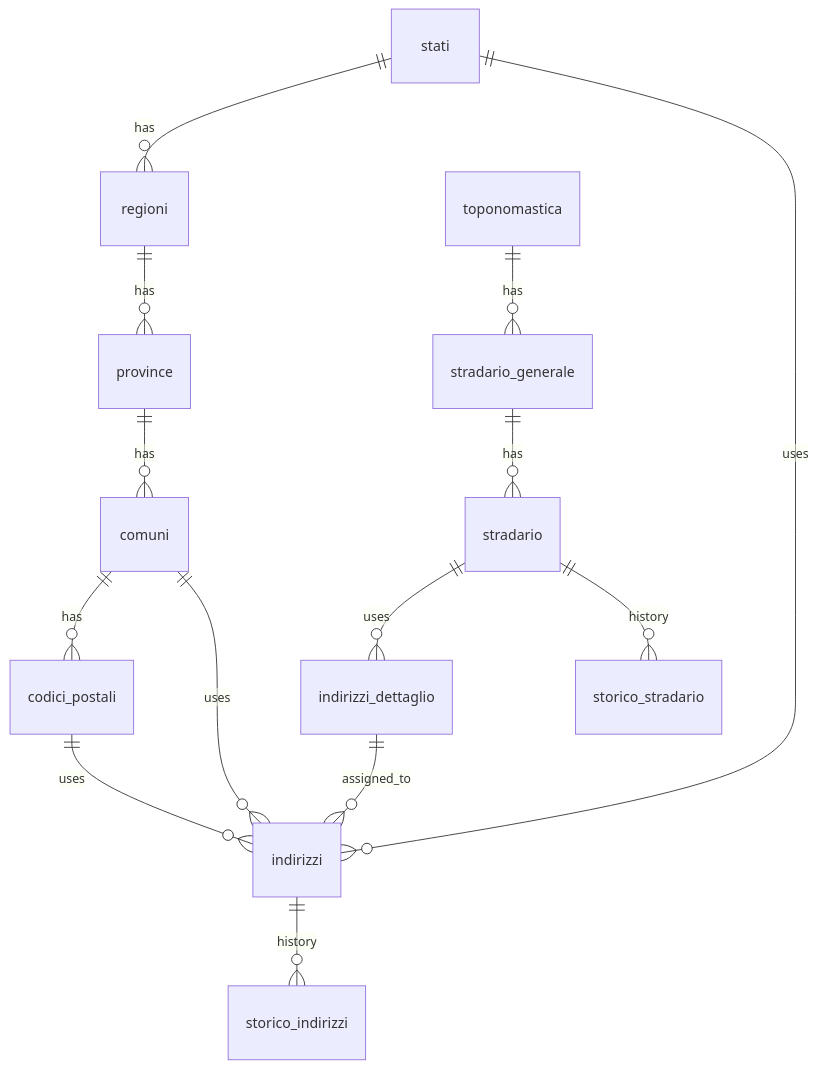
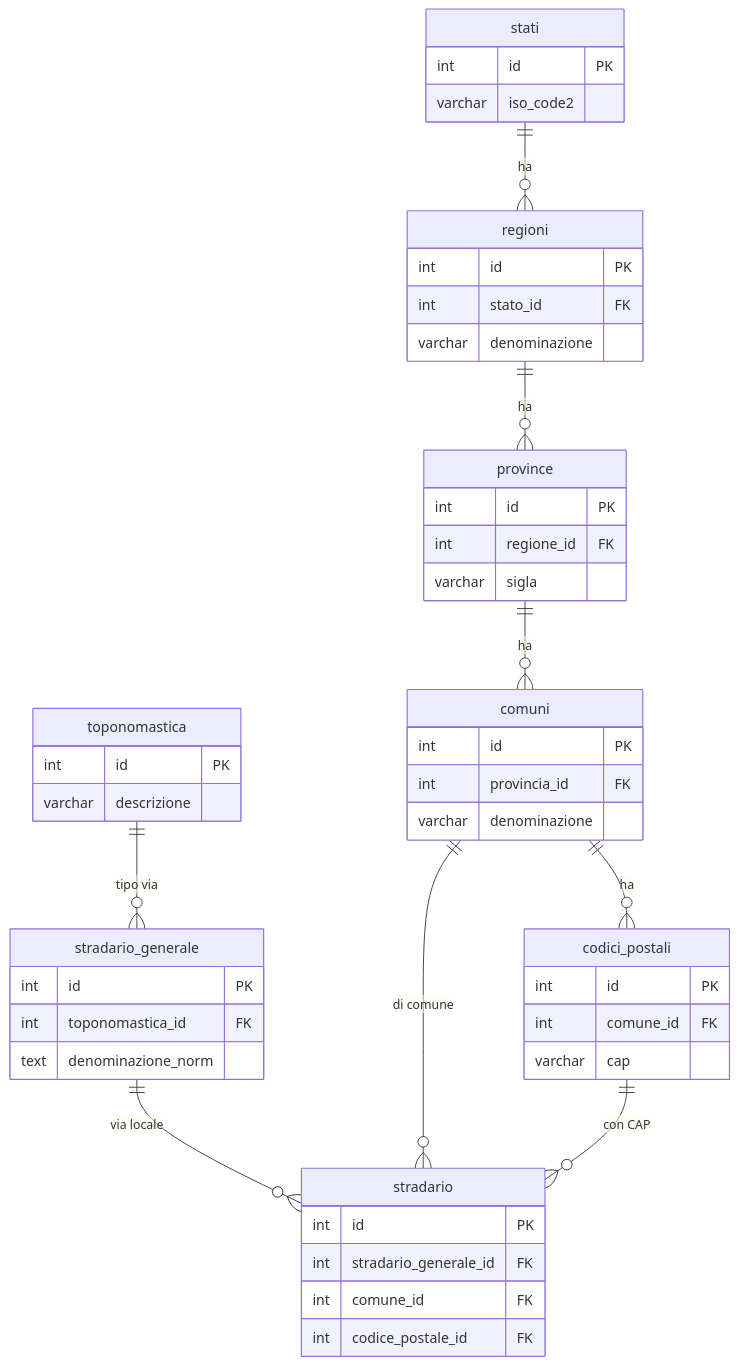
One commit to Tito-it/ZeroErp changed the first of 3 diagrams in docs/it/guide/gestione-degli-indirizzi.md. Above: the diagram before and after it, drawn with Mermaid. The commit also changed other lines of this file and 16 other files, not shown here.

````diff
--- a/docs/it/guide/gestione-degli-indirizzi.md
+++ b/docs/it/guide/gestione-degli-indirizzi.md
@@ -137,21 +323,58 @@
 ```mermaid
-%%{init: {'er': {'layoutDirection': 'TB'}}}%%  
 erDiagram
-    stati              ||--o{ regioni             : has
-    regioni            ||--o{ province            : has
-    province           ||--o{ comuni              : has
-    comuni             ||--o{ codici_postali      : has
+    toponomastica {
+        int id PK
+        varchar descrizione
+    }
 
-    toponomastica      ||--o{ stradario_generale  : has
-    stradario_generale ||--o{ stradario           : has
+    stradario_generale {
+        int id PK
+        int toponomastica_id FK
+        text denominazione_norm
+    }
 
-    stradario          ||--o{ indirizzi_dettaglio : uses
-    indirizzi_dettaglio||--o{ indirizzi           : assigned_to
+    stradario {
+        int id PK
+        int stradario_generale_id FK
+        int comune_id FK
+        int codice_postale_id FK
+    }
 
-    comuni             ||--o{ indirizzi           : uses
-    codici_postali     ||--o{ indirizzi           : uses
-    stati              ||--o{ indirizzi           : uses
+    comuni {
+        int id PK
+        int provincia_id FK
+        varchar denominazione
+    }
 
-    indirizzi          ||--o{ storico_indirizzi   : history
-    stradario          ||--o{ storico_stradario    : history
+    province {
+        int id PK
+        int regione_id FK
+        varchar sigla
+    }
+
+    regioni {
+        int id PK
+        int stato_id FK
+        varchar denominazione
+    }
+
+    stati {
+        int id PK
+        varchar iso_code2
+    }
+
+    codici_postali {
+        int id PK
+        int comune_id FK
+        varchar cap
+    }
+
+    toponomastica ||--o{ stradario_generale : "tipo via"
+    stradario_generale ||--o{ stradario : "via locale"
+    comuni ||--o{ stradario : "di comune"
+    codici_postali ||--o{ stradario : "con CAP"
+    stati ||--o{ regioni : "ha"
+    regioni ||--o{ province : "ha"
+    province ||--o{ comuni : "ha"
+    comuni ||--o{ codici_postali : "ha"
 ```
````
